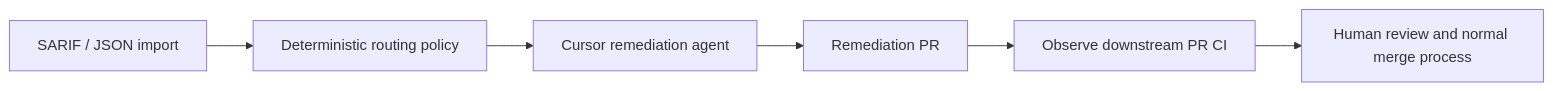
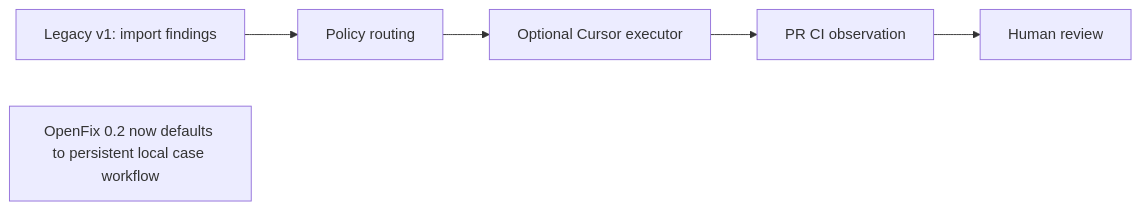
One commit to markusweldon/openfix changed the diagram in docs/prep/diagrams/current-v1.mmd. Above: the diagram before and after it, drawn with Mermaid. The commit also changed 56 other files, not shown here.

First line of the commit message:
Build OpenFix 0.2 findings intelligence and controlled remediation workflow

```diff
--- a/docs/prep/diagrams/current-v1.mmd
+++ b/docs/prep/diagrams/current-v1.mmd
@@ -1,6 +1,6 @@
 flowchart LR
-  I[SARIF / JSON import] --> P[Deterministic routing policy]
-  P --> A[Cursor remediation agent]
-  A --> R[Remediation PR]
-  R --> C[Observe downstream PR CI]
-  C --> H[Human review and normal merge process]
+  A[Legacy v1: import findings] --> B[Policy routing]
+  B --> C[Optional Cursor executor]
+  C --> D[PR CI observation]
+  D --> E[Human review]
+  F[OpenFix 0.2 now defaults to persistent local case workflow]
```
